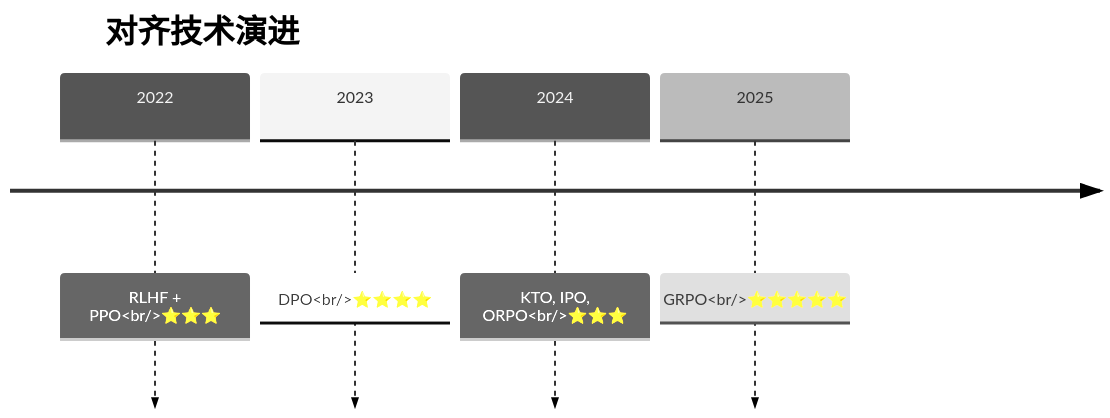
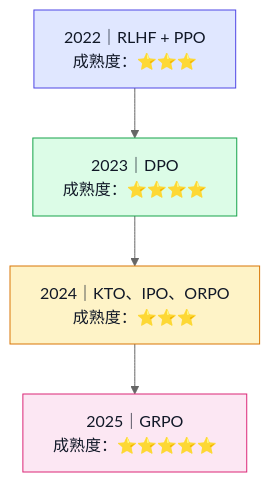
One commit to BeefWrap4/LLM-Knowledge-Base changed the fifth of 19 diagrams in 16_模型微调与推理优化.md. Above: the diagram before and after it, drawn with Mermaid (neutral theme). The commit also changed 3 other files, not shown here.

Commit message:
Fix unreadable Mermaid timelines in Obsidian

````diff
--- a/16_模型微调与推理优化.md
+++ b/16_模型微调与推理优化.md
@@ -390,8 +390,14 @@
 ```mermaid
-timeline
-    title 对齐技术演进
-    2022 : RLHF + PPO<br/>⭐⭐⭐
-    2023 : DPO<br/>⭐⭐⭐⭐
-    2024 : KTO, IPO, ORPO<br/>⭐⭐⭐
-    2025 : GRPO<br/>⭐⭐⭐⭐⭐
+flowchart TB
+    A2022["2022｜RLHF + PPO<br/>成熟度：⭐⭐⭐"]
+    A2023["2023｜DPO<br/>成熟度：⭐⭐⭐⭐"]
+    A2024["2024｜KTO、IPO、ORPO<br/>成熟度：⭐⭐⭐"]
+    A2025["2025｜GRPO<br/>成熟度：⭐⭐⭐⭐⭐"]
+
+    A2022 --> A2023 --> A2024 --> A2025
+
+    style A2022 fill:#e0e7ff,stroke:#4f46e5,color:#111827
+    style A2023 fill:#dcfce7,stroke:#16a34a,color:#111827
+    style A2024 fill:#fef3c7,stroke:#d97706,color:#111827
+    style A2025 fill:#fce7f3,stroke:#db2777,color:#111827
 ```
````
